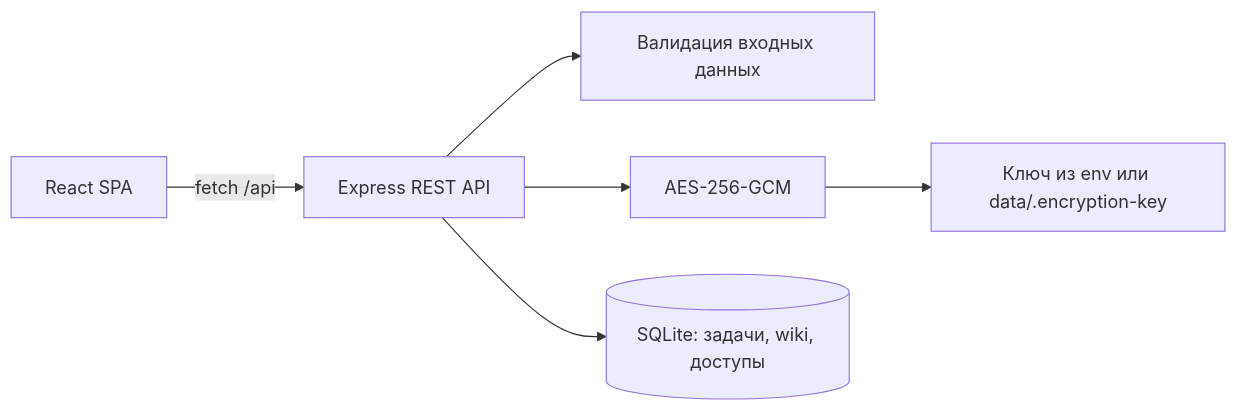
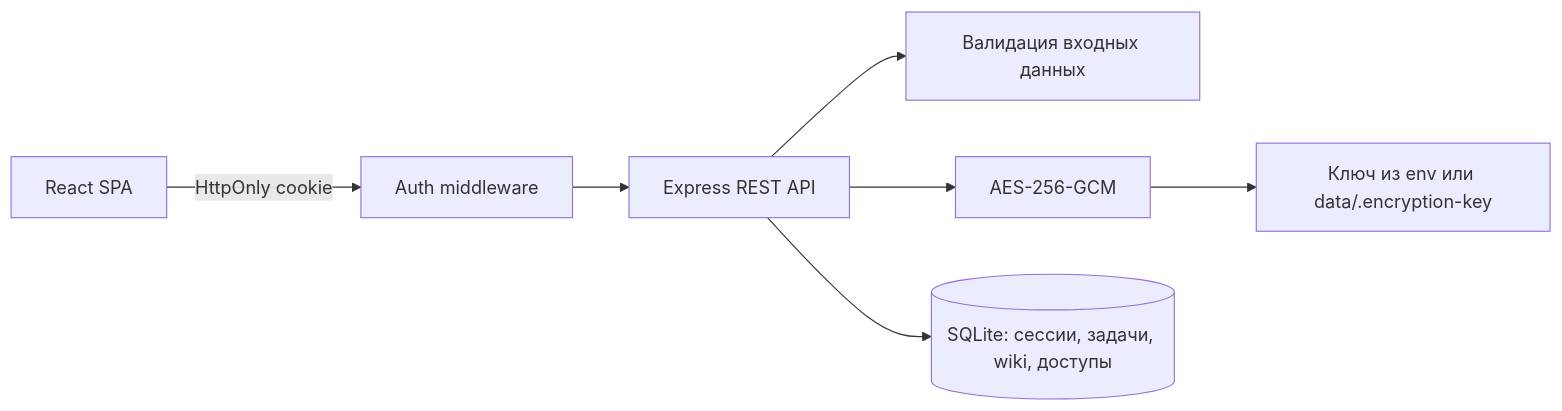
The diagram in docs/architecture.md (rammtw/tochka-app), drawn with Mermaid before and after one commit. The commit also changed other lines of this file and 26 other files, not shown here.

````diff
--- a/docs/architecture.md
+++ b/docs/architecture.md
@@ -7,8 +7,9 @@
 ```mermaid
 flowchart LR
-  Browser[React SPA] -->|fetch /api| API[Express REST API]
+  Browser[React SPA] -->|HttpOnly cookie| Auth[Auth middleware]
+  Auth --> API[Express REST API]
   API --> Validation[Валидация входных данных]
   API --> Secrets[AES-256-GCM]
-  API --> DB[(SQLite: задачи, wiki, доступы)]
+  API --> DB[(SQLite: сессии, задачи, wiki, доступы)]
   Secrets --> Key[Ключ из env или data/.encryption-key]
 ```
````
